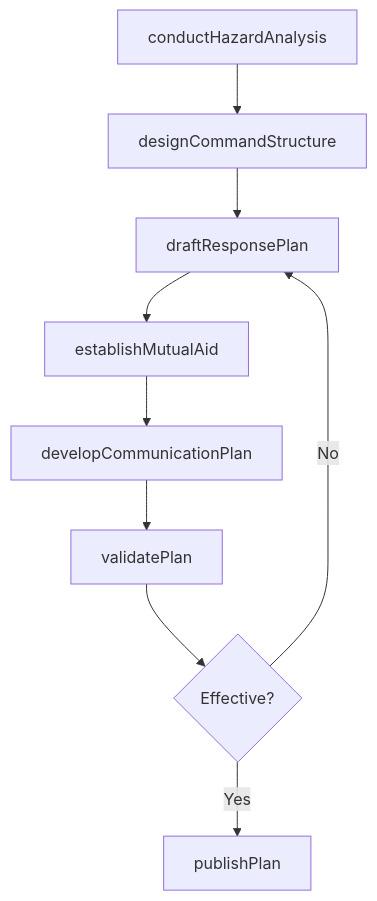
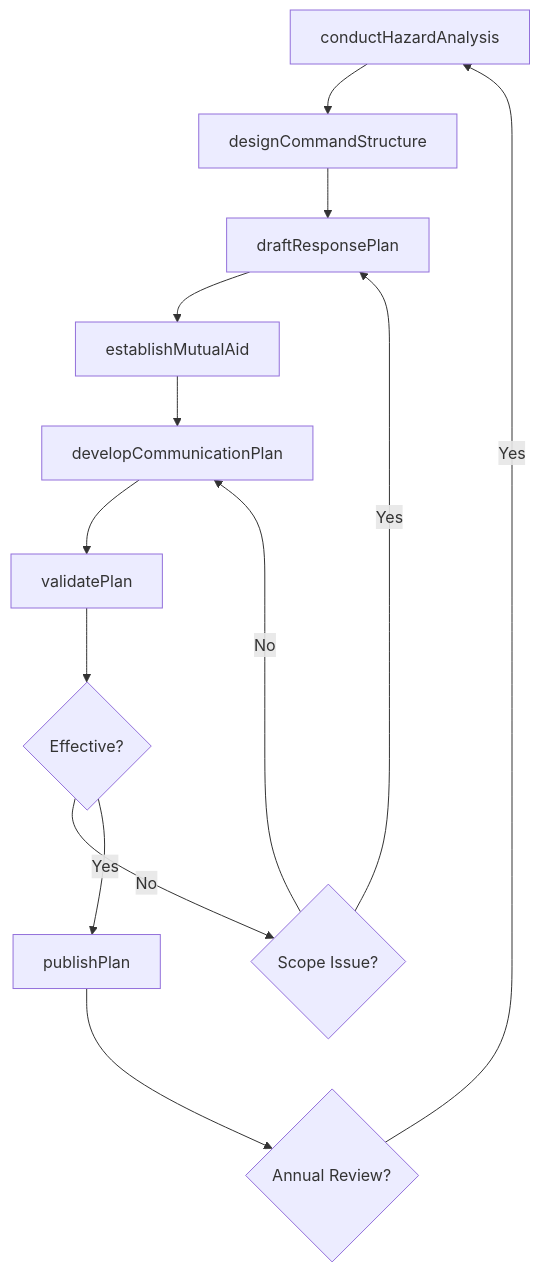
Before and after one commit to dot-org-ai/tasks.org.ai: the third of 4 diagrams in ThinkingCreatively/DevelopContingencyOrEmergencyResponsePlans/DevelopEmergencyResponsePlansProcedures.mdx, drawn with Mermaid. The commit also changed other lines of this file and 504 other files, not shown here.

First line of the commit message:
feat: Add ER diagrams, state diagrams, and workflow improvements to 96 DWA task files

````diff
--- a/ThinkingCreatively/DevelopContingencyOrEmergencyResponsePlans/DevelopEmergencyResponsePlansProcedures.mdx
+++ b/ThinkingCreatively/DevelopContingencyOrEmergencyResponsePlans/DevelopEmergencyResponsePlansProcedures.mdx
@@ -87,11 +116,15 @@
 ```mermaid
 graph TD
     A[conductHazardAnalysis] --> B[designCommandStructure]
     B --> C[draftResponsePlan]
     C --> D[establishMutualAid]
     D --> E[developCommunicationPlan]
     E --> F[validatePlan]
     F --> G{Effective?}
-    G -->|No| C
-    G -->|Yes| H[publishPlan]
+    G -->|No| H{Scope Issue?}
+    H -->|Yes| C
+    H -->|No| E
+    G -->|Yes| I[publishPlan]
+    I --> J{Annual Review?}
+    J -->|Yes| A
 ```
````
